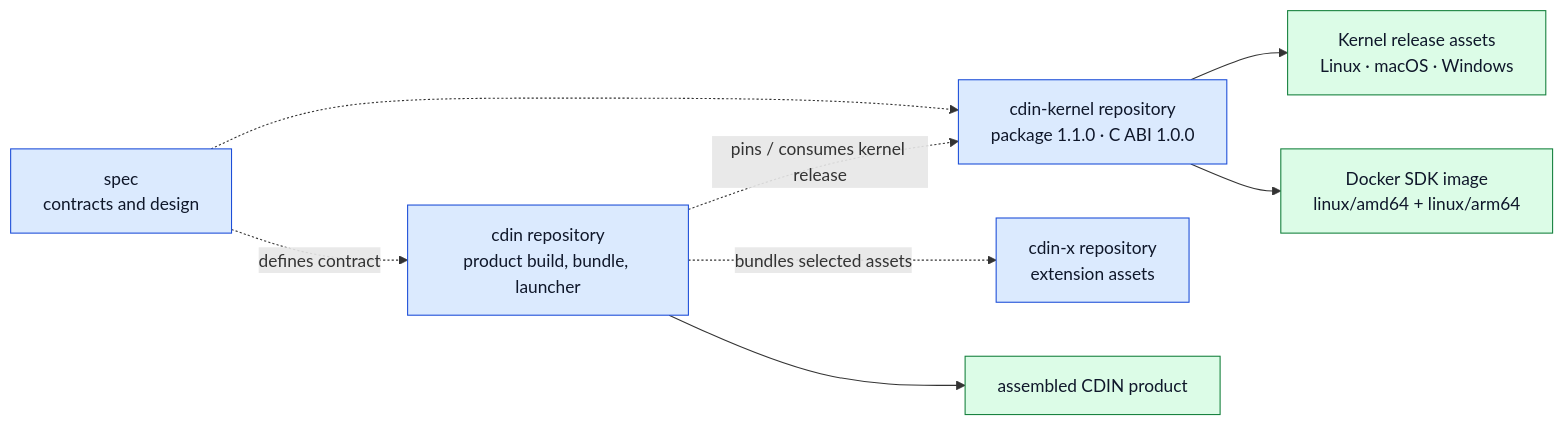
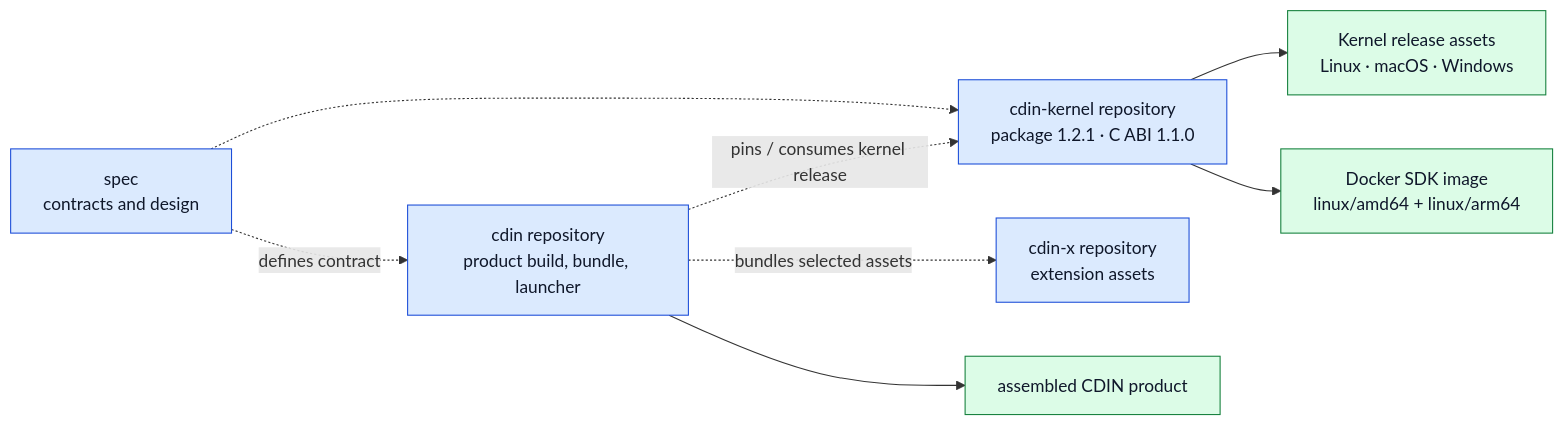
One commit to cdin-editor/spec changed the second of 2 diagrams in docs/components/cdin.md. Above: the diagram before and after it, drawn with Mermaid. The commit also changed 34 other files, not shown here.

````diff
--- a/docs/components/cdin.md
+++ b/docs/components/cdin.md
@@ -73,24 +73,24 @@
 ```mermaid
 flowchart LR
     SPEC["spec<br/>contracts and design"]
     CDIN["cdin repository<br/>product build, bundle, launcher"]
-    KERNEL["cdin-kernel repository<br/>package 1.1.0 · C ABI 1.0.0"]
+    KERNEL["cdin-kernel repository<br/>package 1.2.1 · C ABI 1.1.0"]
     X["cdin-x repository<br/>extension assets"]
     APP["assembled CDIN product"]
     REL["Kernel release assets<br/>Linux · macOS · Windows"]
     DOCKER["Docker SDK image<br/>linux/amd64 + linux/arm64"]
 
     SPEC -. "defines contract" .-> CDIN
     SPEC -.-> KERNEL
     CDIN -. "pins / consumes kernel release" .-> KERNEL
     CDIN -. "bundles selected assets" .-> X
     CDIN --> APP
     KERNEL --> REL
     KERNEL --> DOCKER
 
     classDef comp fill:#dbeafe,stroke:#1d4ed8,color:#0f172a
     classDef output fill:#dcfce7,stroke:#15803d,color:#0f172a
     classDef external fill:#f1f5f9,stroke:#64748b,color:#0f172a
     class SPEC,CDIN,KERNEL,X comp
     class APP,REL,DOCKER output
 ```
````
